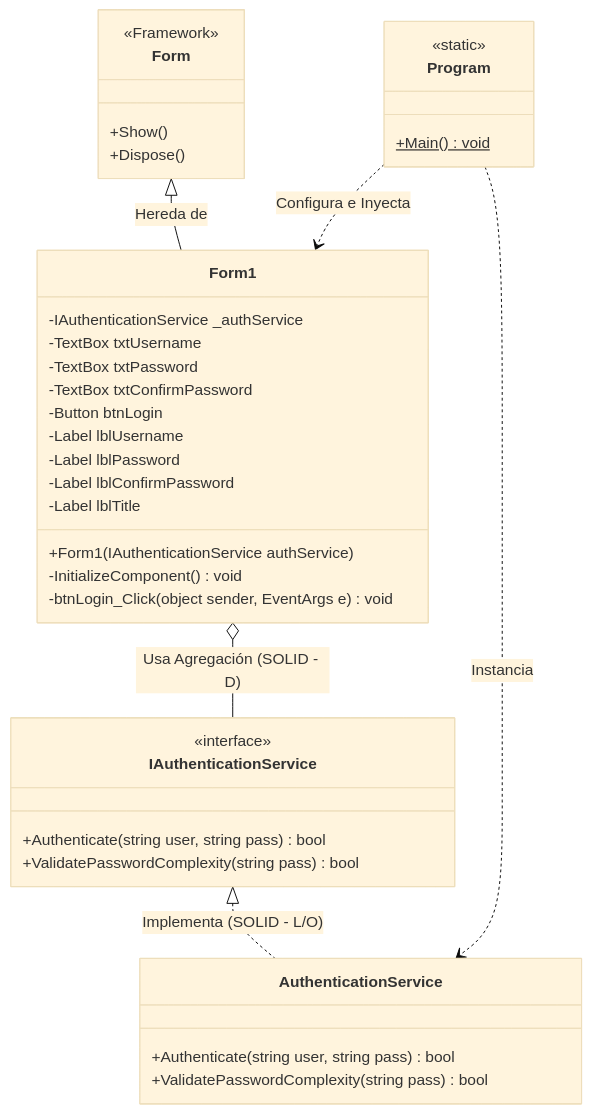
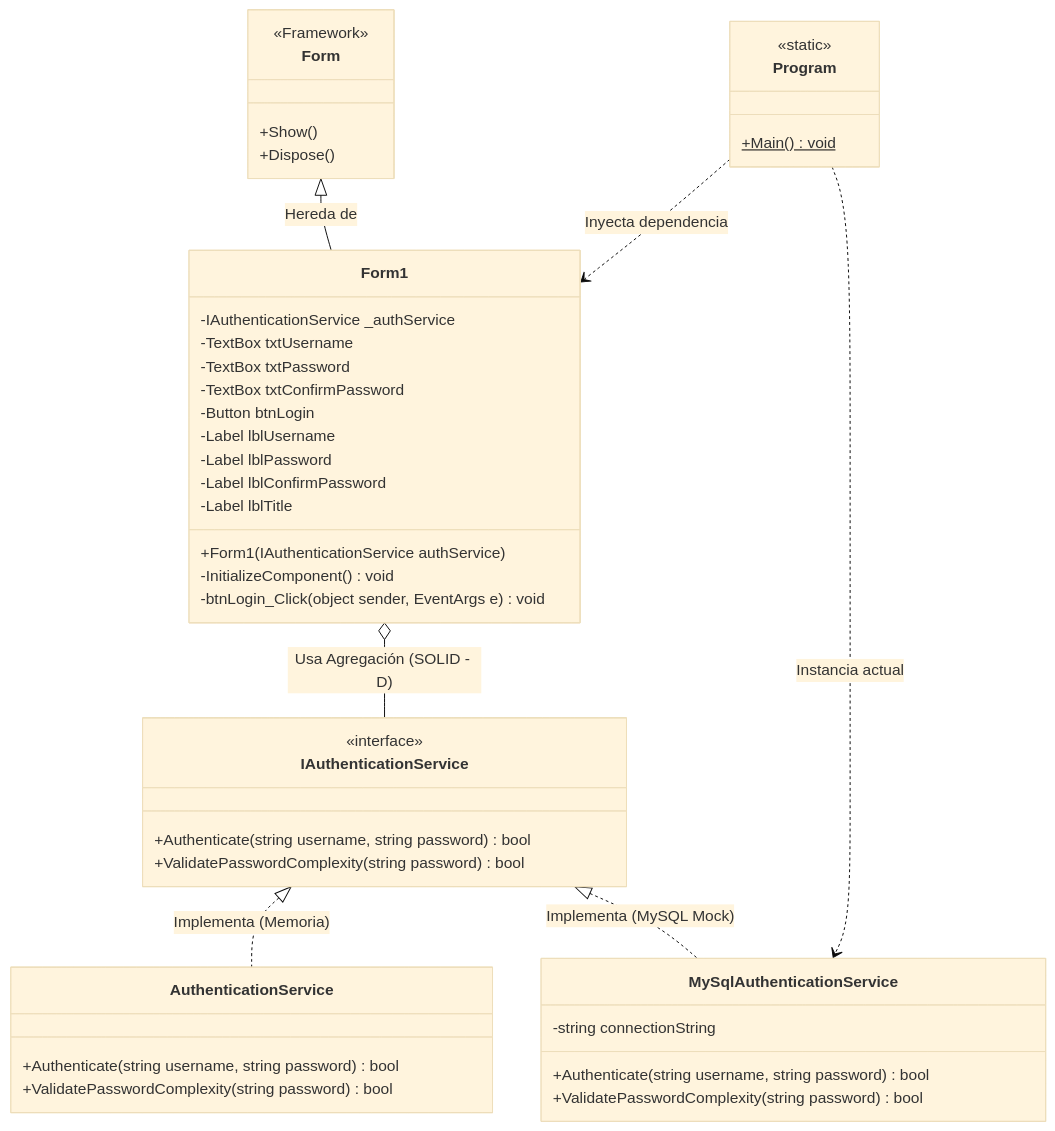
One commit to SrIrvin/CIBERINFRAESTRUCTURA2026-A changed the diagram in DIAGRAMA_CLASES.mmd. Above: the diagram before and after it, drawn with Mermaid (base theme).

Commit message:
docs: actualizar diagrama de clases con soporte para MySQL

```diff
--- a/DIAGRAMA_CLASES.mmd
+++ b/DIAGRAMA_CLASES.mmd
@@ -1,44 +1,51 @@
 classDiagram
     class Form {
         <<Framework>>
         +Show()
         +Dispose()
     }
 
     class IAuthenticationService {
         <<interface>>
-        +Authenticate(string user, string pass) bool
-        +ValidatePasswordComplexity(string pass) bool
+        +Authenticate(string username, string password) bool
+        +ValidatePasswordComplexity(string password) bool
     }
 
     class AuthenticationService {
-        +Authenticate(string user, string pass) bool
-        +ValidatePasswordComplexity(string pass) bool
+        +Authenticate(string username, string password) bool
+        +ValidatePasswordComplexity(string password) bool
+    }
+
+    class MySqlAuthenticationService {
+        -string connectionString
+        +Authenticate(string username, string password) bool
+        +ValidatePasswordComplexity(string password) bool
     }
 
     class Form1 {
         -IAuthenticationService _authService
         -TextBox txtUsername
         -TextBox txtPassword
         -TextBox txtConfirmPassword
         -Button btnLogin
         -Label lblUsername
         -Label lblPassword
         -Label lblConfirmPassword
         -Label lblTitle
         +Form1(IAuthenticationService authService)
         -InitializeComponent() void
         -btnLogin_Click(object sender, EventArgs e) void
     }
 
     class Program {
         <<static>>
         +Main()$ void
     }
 
     %% Relaciones y Herencia
     Form <|-- Form1 : Hereda de
-    IAuthenticationService <|.. AuthenticationService : Implementa (SOLID - L/O)
+    IAuthenticationService <|.. AuthenticationService : Implementa (Memoria)
+    IAuthenticationService <|.. MySqlAuthenticationService : Implementa (MySQL Mock)
     Form1 o-- IAuthenticationService : Usa Agregación (SOLID - D)
-    Program ..> AuthenticationService : Instancia
-    Program ..> Form1 : Configura e Inyecta
+    Program ..> MySqlAuthenticationService : Instancia actual
+    Program ..> Form1 : Inyecta dependencia
```
